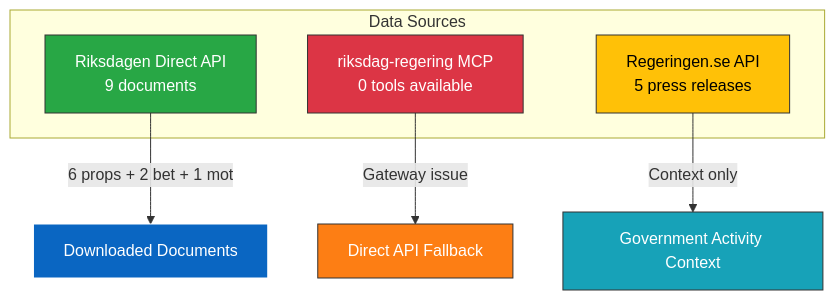
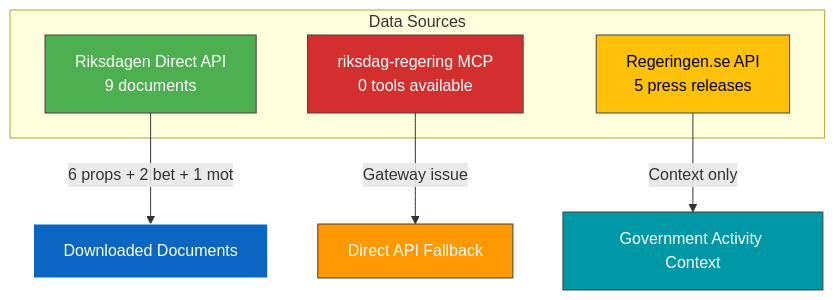
One commit to Hack23/riksdagsmonitor changed the diagram in analysis/daily/2026-04-13/realtime-1433/data-download-manifest.md. Above: the diagram before and after it, drawn with Mermaid. The commit also changed 785 other files, not shown here.

First line of the commit message:
Normalize mermaid colors across 786 analysis artifacts to ISMS Style Guide palette

````diff
--- a/analysis/daily/2026-04-13/realtime-1433/data-download-manifest.md
+++ b/analysis/daily/2026-04-13/realtime-1433/data-download-manifest.md
@@ -9,17 +9,17 @@
 ```mermaid
 graph TD
     subgraph "Data Sources"
         API["Riksdagen Direct API<br/>9 documents"]
         MCP["riksdag-regering MCP<br/>0 tools available"]
         GOV["Regeringen.se API<br/>5 press releases"]
     end
     API --> |"6 props + 2 bet + 1 mot"| DOCS["Downloaded Documents"]
     GOV --> |"Context only"| CONTEXT["Government Activity Context"]
     MCP --> |"Gateway issue"| FALLBACK["Direct API Fallback"]
-    style API fill:#28a745,stroke:#333,color:#fff
-    style MCP fill:#dc3545,stroke:#333,color:#fff
-    style GOV fill:#ffc107,stroke:#333,color:#000
-    style DOCS fill:#0A66C2,stroke:#fff,color:#fff
-    style CONTEXT fill:#17a2b8,stroke:#333,color:#fff
-    style FALLBACK fill:#fd7e14,stroke:#333,color:#fff
+    style API fill:#4CAF50,stroke:#424242,color:#FFFFFF
+    style MCP fill:#D32F2F,stroke:#424242,color:#FFFFFF
+    style GOV fill:#FFC107,stroke:#424242,color:#000000
+    style DOCS fill:#0A66C2,stroke:#FFFFFF,color:#FFFFFF
+    style CONTEXT fill:#0097A7,stroke:#424242,color:#FFFFFF
+    style FALLBACK fill:#FF9800,stroke:#424242,color:#FFFFFF
 ```
````
